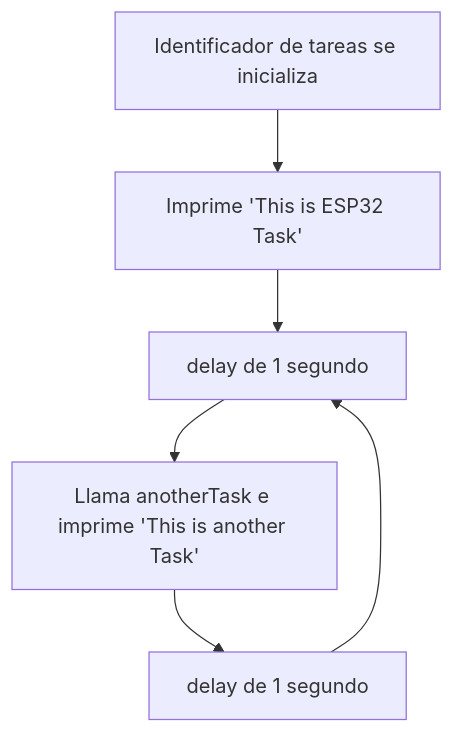
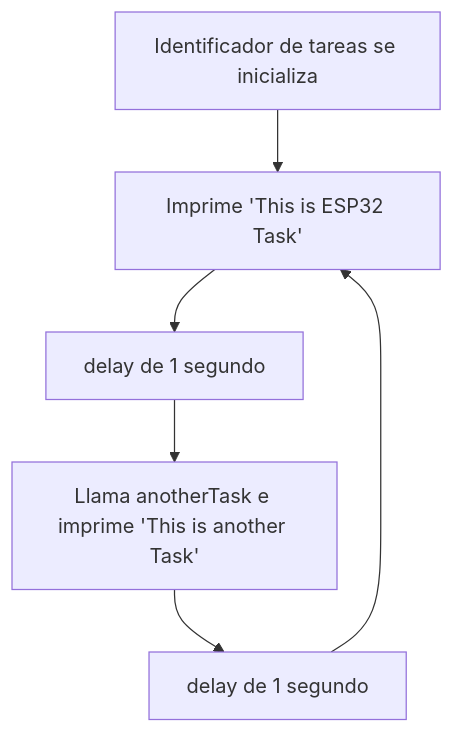
One commit to ona03/PD_P3 changed the first of 2 diagrams in README.md. Above: the diagram before and after it, drawn with Mermaid.

````diff
--- a/README.md
+++ b/README.md
@@ -81,10 +81,10 @@
 ```mermaid
 
 flowchart TD;
     C[Identificador de tareas se inicializa]-->D[Imprime 'This is ESP32 Task'];
     D-->H[delay de 1 segundo];
     H-->E[Llama anotherTask e imprime 'This is another Task'];
     E-->F[delay de 1 segundo];
-    F-->H;
+    F-->D;
 
 ```
````
